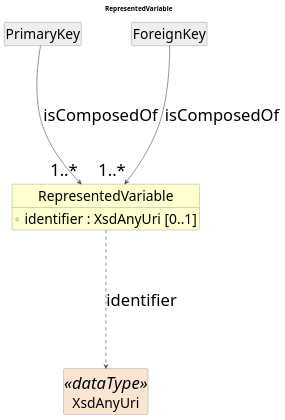
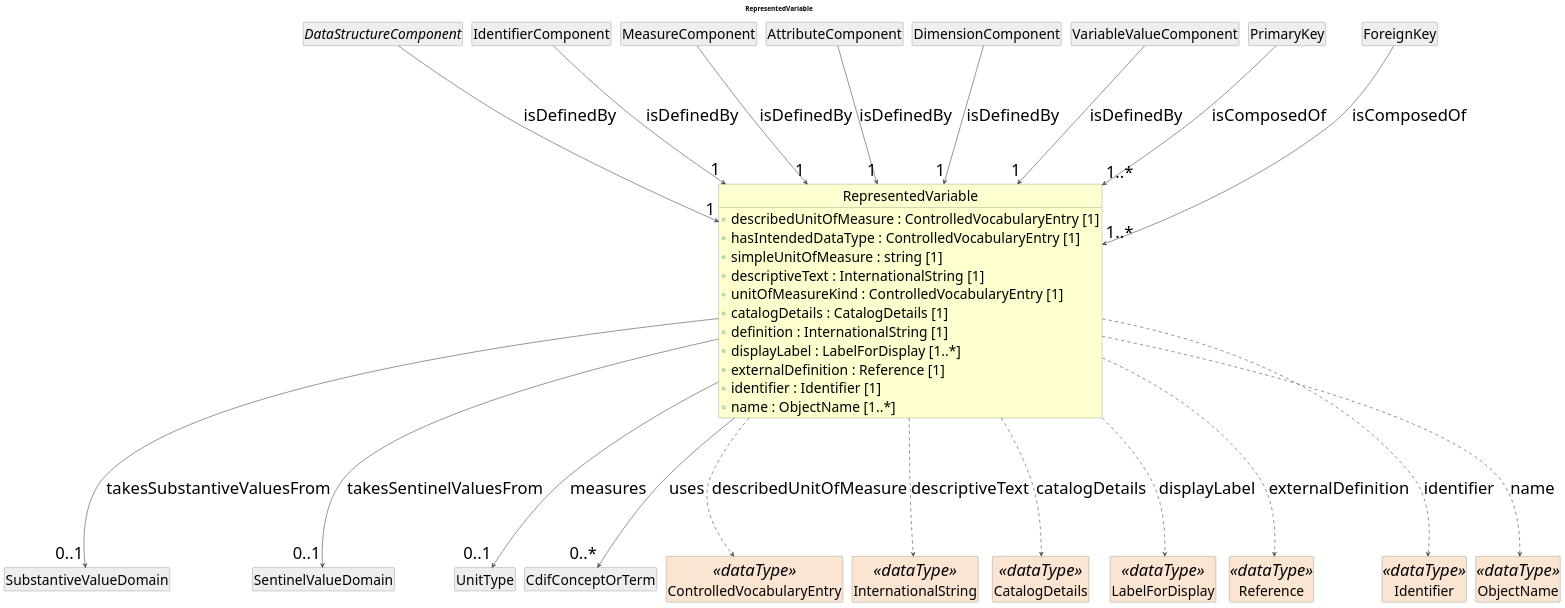
The diagram in cdif-uml-model/CDIFDataStructure/Classes/RepresentedVariable.pu (Cross-Domain-Interoperability-Framework/metadataBuildingBlocks), drawn with PlantUML before and after one commit. The commit also changed 500 other files, not shown here.

First line of the commit message:
Regenerate model browser for restored DataStructure content

```diff
--- a/cdif-uml-model/CDIFDataStructure/Classes/RepresentedVariable.pu
+++ b/cdif-uml-model/CDIFDataStructure/Classes/RepresentedVariable.pu
@@ -1,27 +1,69 @@
 @startuml
 title RepresentedVariable
 hide circle
 hide empty members
 skinparam shadowing false
 skinparam ArrowThickness 1.2
 skinparam ranksep 250
 skinparam nodesep 20
 skinparam defaultFontSize 36
 skinparam class {
   ArrowColor #404040
   BorderColor #404040
   FontSize 36
   AttributeFontSize 30
 }
 
 class "RepresentedVariable" as RepresentedVariable #FEFECE {
-  +identifier : XsdAnyUri [0..1]
+  +describedUnitOfMeasure : ControlledVocabularyEntry [1]
+  +hasIntendedDataType : ControlledVocabularyEntry [1]
+  +simpleUnitOfMeasure : string [1]
+  +descriptiveText : InternationalString [1]
+  +unitOfMeasureKind : ControlledVocabularyEntry [1]
+  +catalogDetails : CatalogDetails [1]
+  +definition : InternationalString [1]
+  +displayLabel : LabelForDisplay [1..*]
+  +externalDefinition : Reference [1]
+  +identifier : Identifier [1]
+  +name : ObjectName [1..*]
 }
+abstract class "DataStructureComponent" as DataStructureComponent #EEEEEE
+DataStructureComponent --> "1" RepresentedVariable : isDefinedBy
+class "IdentifierComponent" as IdentifierComponent #EEEEEE
+IdentifierComponent --> "1" RepresentedVariable : isDefinedBy
+class "MeasureComponent" as MeasureComponent #EEEEEE
+MeasureComponent --> "1" RepresentedVariable : isDefinedBy
+class "AttributeComponent" as AttributeComponent #EEEEEE
+AttributeComponent --> "1" RepresentedVariable : isDefinedBy
+class "DimensionComponent" as DimensionComponent #EEEEEE
+DimensionComponent --> "1" RepresentedVariable : isDefinedBy
+class "VariableValueComponent" as VariableValueComponent #EEEEEE
+VariableValueComponent --> "1" RepresentedVariable : isDefinedBy
 class "PrimaryKey" as PrimaryKey #EEEEEE
 PrimaryKey --> "1..*" RepresentedVariable : isComposedOf
 class "ForeignKey" as ForeignKey #EEEEEE
 ForeignKey --> "1..*" RepresentedVariable : isComposedOf
-class "XsdAnyUri" as XsdAnyUri <<dataType>> #FAE5D3
-RepresentedVariable ..> XsdAnyUri : identifier
+class "SubstantiveValueDomain" as SubstantiveValueDomain #EEEEEE
+RepresentedVariable --> "0..1" SubstantiveValueDomain : takesSubstantiveValuesFrom
+class "SentinelValueDomain" as SentinelValueDomain #EEEEEE
+RepresentedVariable --> "0..1" SentinelValueDomain : takesSentinelValuesFrom
+class "UnitType" as UnitType #EEEEEE
+RepresentedVariable --> "0..1" UnitType : measures
+class "CdifConceptOrTerm" as CdifConceptOrTerm #EEEEEE
+RepresentedVariable --> "0..*" CdifConceptOrTerm : uses
+class "ControlledVocabularyEntry" as ControlledVocabularyEntry <<dataType>> #FAE5D3
+RepresentedVariable ..> ControlledVocabularyEntry : describedUnitOfMeasure
+class "InternationalString" as InternationalString <<dataType>> #FAE5D3
+RepresentedVariable ..> InternationalString : descriptiveText
+class "CatalogDetails" as CatalogDetails <<dataType>> #FAE5D3
+RepresentedVariable ..> CatalogDetails : catalogDetails
+class "LabelForDisplay" as LabelForDisplay <<dataType>> #FAE5D3
+RepresentedVariable ..> LabelForDisplay : displayLabel
+class "Reference" as Reference <<dataType>> #FAE5D3
+RepresentedVariable ..> Reference : externalDefinition
+class "Identifier" as Identifier <<dataType>> #FAE5D3
+RepresentedVariable ..> Identifier : identifier
+class "ObjectName" as ObjectName <<dataType>> #FAE5D3
+RepresentedVariable ..> ObjectName : name
 
 @enduml
```
